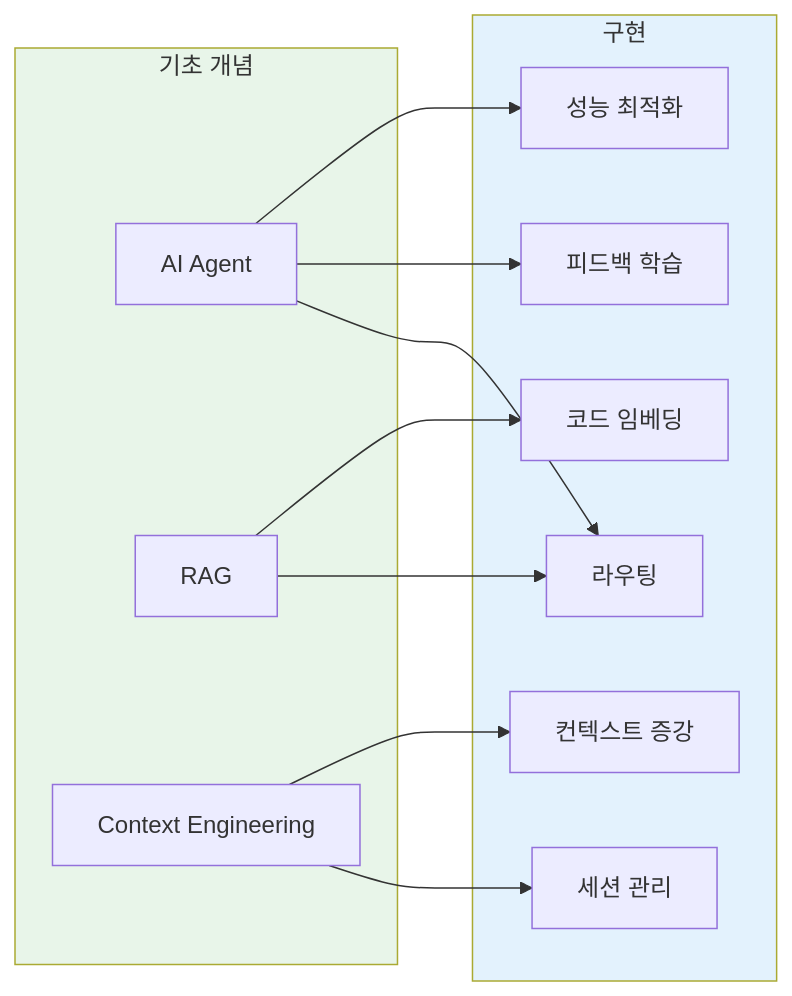
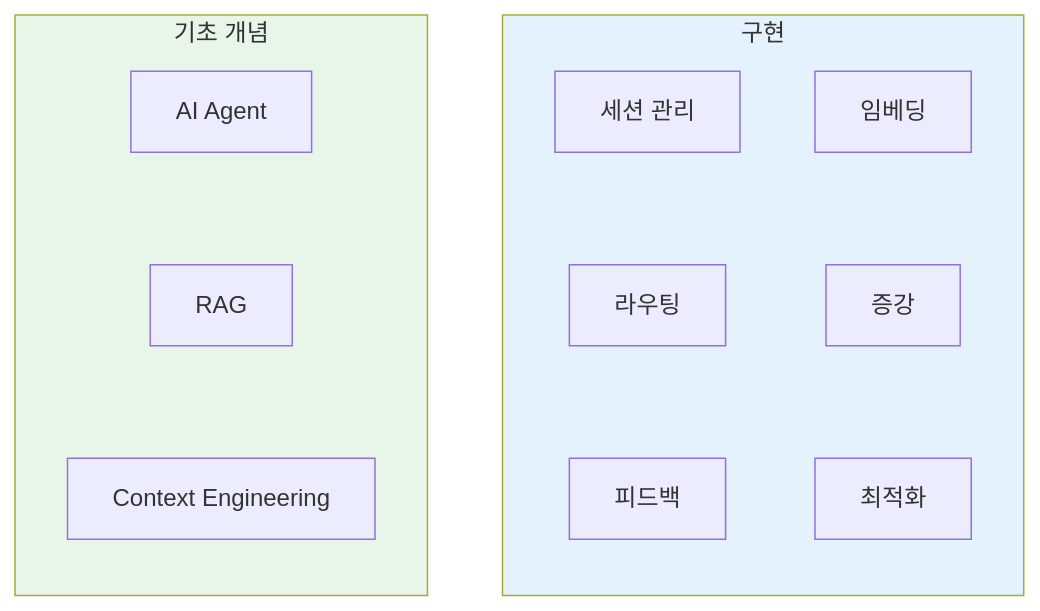
The first of 2 diagrams in content/posts/2025-11-22-claude-flow-development-story.md (Gyeom/dev-notes), drawn with Mermaid before and after one commit. The commit also changed 7 other files, not shown here.

First line of the commit message:
Fix: 전체 포스트 Mermaid 다이어그램 가로 배치 적용

````diff
--- a/content/posts/2025-11-22-claude-flow-development-story.md
+++ b/content/posts/2025-11-22-claude-flow-development-story.md
@@ -24,24 +24,16 @@
 ```mermaid
 flowchart LR
     subgraph Foundation["기초 개념"]
-        F1["AI Agent"]
-        F2["RAG"]
-        F3["Context Engineering"]
+        F1["AI Agent"] ~~~ F2["RAG"] ~~~ F3["Context Engineering"]
     end
 
     subgraph Implementation["구현"]
-        I1["세션 관리"]
-        I2["라우팅"]
-        I3["피드백 학습"]
-        I4["코드 임베딩"]
-        I5["컨텍스트 증강"]
-        I6["성능 최적화"]
+        I1["세션 관리"] ~~~ I2["라우팅"] ~~~ I3["피드백"]
+        I4["임베딩"] ~~~ I5["증강"] ~~~ I6["최적화"]
     end
 
-    F1 --> I2 & I3 & I6
-    F2 --> I2 & I4
-    F3 --> I1 & I5
+    Foundation ~~~ Implementation
 
     style Foundation fill:#E8F5E9
     style Implementation fill:#E3F2FD
 ```
````
